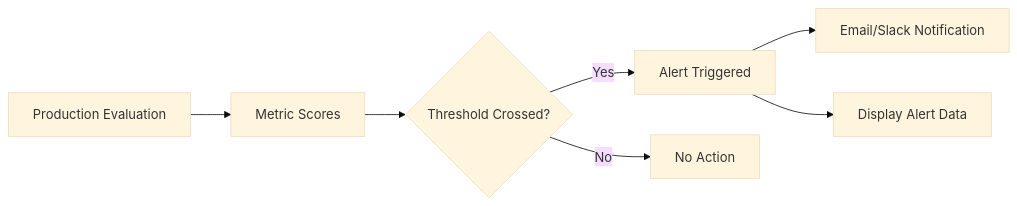
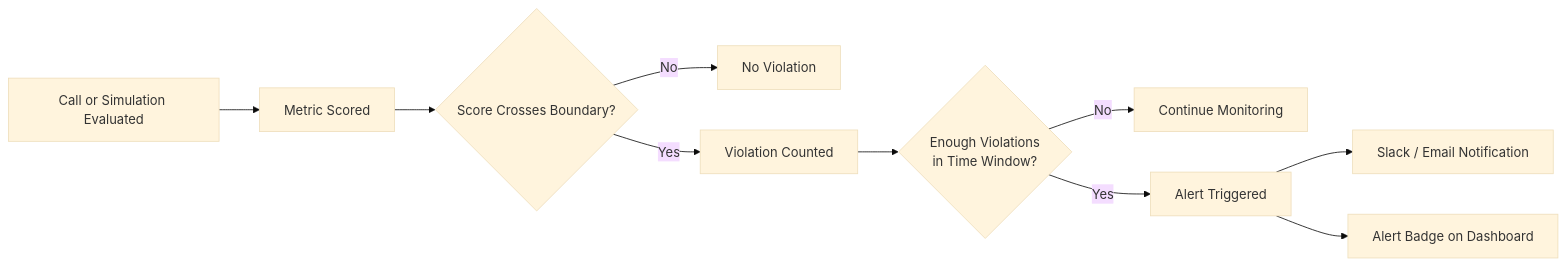
One commit to bluejay-ai-dev/docs changed the diagram in key-concepts/alerts/overview.mdx. Above: the diagram before and after it, drawn with Mermaid (base theme). The commit also changed other lines of this file and 18 other files, not shown here.

````diff
--- a/key-concepts/alerts/overview.mdx
+++ b/key-concepts/alerts/overview.mdx
@@ -19,9 +19,12 @@
 ```mermaid
 flowchart LR
-    Eval[Production Evaluation] --> Metrics[Metric Scores]
-    Metrics --> Threshold{Threshold Crossed?}
-    Threshold -->|Yes| Alert[Alert Triggered]
-    Threshold -->|No| Pass[No Action]
-    Alert --> Slack[Email/Slack Notification]
-    Alert --> Dash[Display Alert Data]
+    Eval[Call or Simulation Evaluated] --> Score[Metric Scored]
+    Score --> Cross{Score Crosses Boundary?}
+    Cross -->|No| OK[No Violation]
+    Cross -->|Yes| Count[Violation Counted]
+    Count --> Window{"Enough Violations\nin Time Window?"}
+    Window -->|No| Wait[Continue Monitoring]
+    Window -->|Yes| Fire[Alert Triggered]
+    Fire --> Notify[Slack / Email Notification]
+    Fire --> Badge[Alert Badge on Dashboard]
 ```
````
